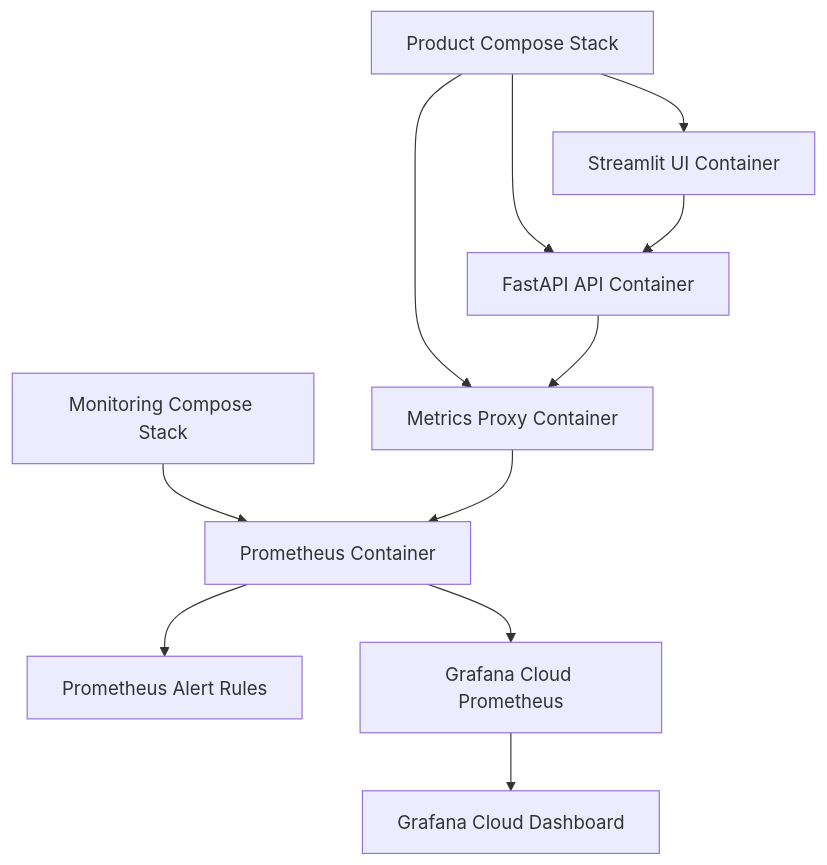
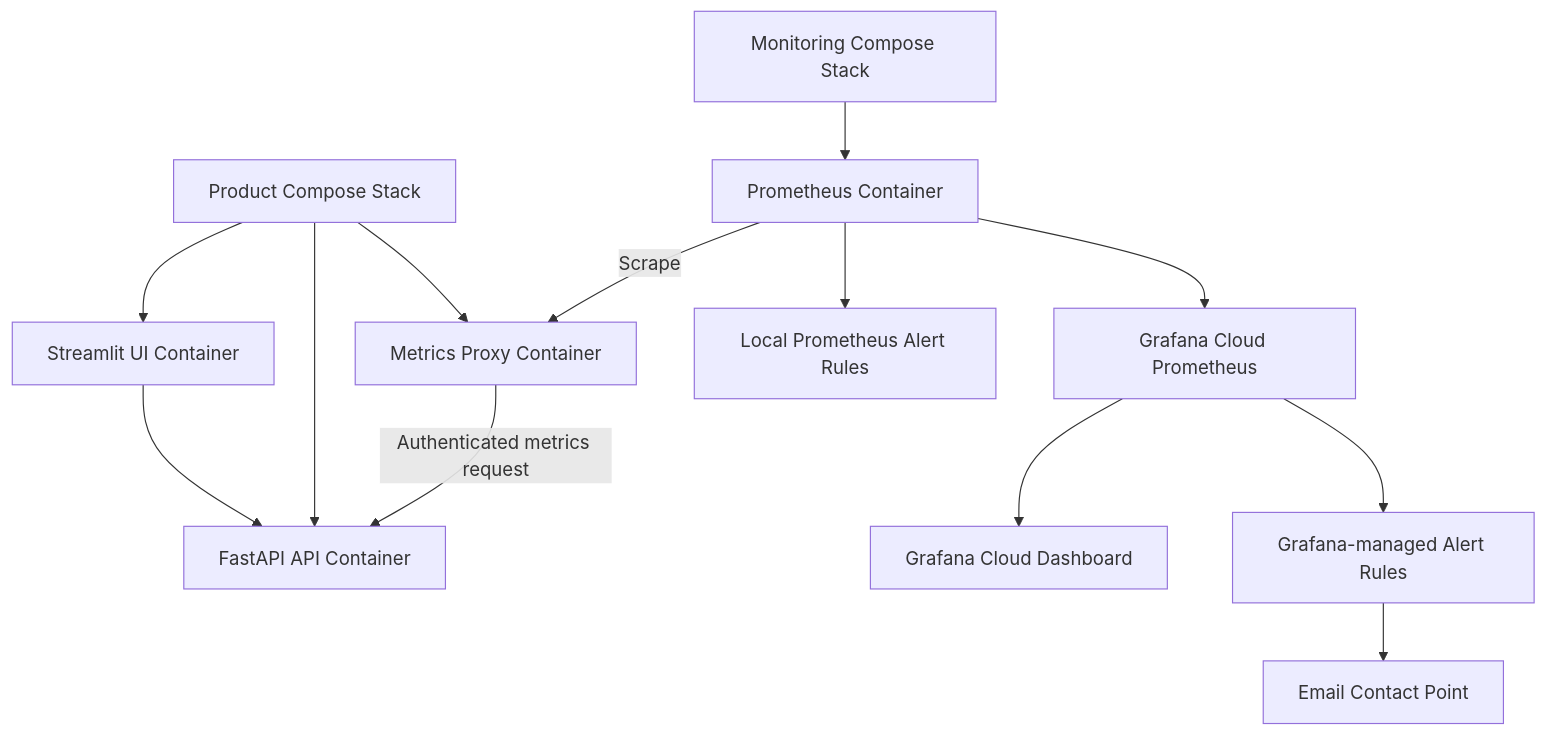
One commit to sepantakamali/E2EPRAIIP changed the fourth of 4 diagrams in README.md. Above: the diagram before and after it, drawn with Mermaid. The commit also changed other lines of this file, not shown here.

````diff
--- a/README.md
+++ b/README.md
@@ -102,16 +104,18 @@
 ```mermaid
 flowchart TD
     ProductCompose[Product Compose Stack] --> UI[Streamlit UI Container]
     ProductCompose --> API[FastAPI API Container]
     ProductCompose --> Proxy[Metrics Proxy Container]
 
     MonitorCompose[Monitoring Compose Stack] --> Prometheus[Prometheus Container]
 
     UI --> API
-    API --> Proxy
-    Proxy --> Prometheus
+    Prometheus -->|Scrape| Proxy
+    Proxy -->|Authenticated metrics request| API
 
-    Prometheus --> Alerts[Prometheus Alert Rules]
+    Prometheus --> LocalAlerts[Local Prometheus Alert Rules]
     Prometheus --> RemoteWrite[Grafana Cloud Prometheus]
     RemoteWrite --> Dashboard[Grafana Cloud Dashboard]
+    RemoteWrite --> ManagedAlerts[Grafana-managed Alert Rules]
+    ManagedAlerts --> Email[Email Contact Point]
 ```
````
